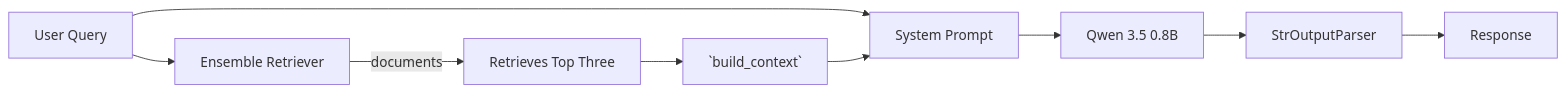
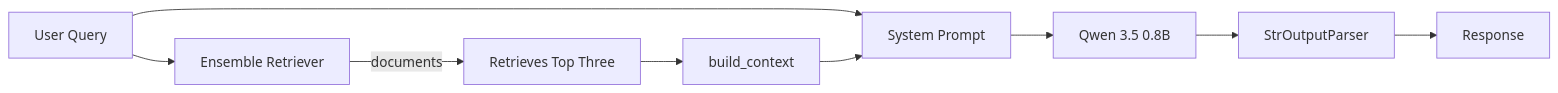
Before and after one commit to UBC-MDS/DSCI_575_project_alnliu11_lightgl: the diagram in README.md, drawn with Mermaid.

Commit message:
Update README.md to render graph flow

````diff
--- a/README.md
+++ b/README.md
@@ -24,11 +24,11 @@
 ```mermaid
 graph LR
     Query[User Query] --> Ret[Ensemble Retriever]
     Ret -- documents --> Lambda[Retrieves Top Three]
-    Lambda --> Context[`build_context`]
+    Lambda --> Context[build_context]
     Query --> Prompt[System Prompt]
     Context --> Prompt
     Prompt --> LLM[Qwen 3.5 0.8B]
     LLM --> Parser[StrOutputParser]
     Parser --> Response[Response]
 ```
````
